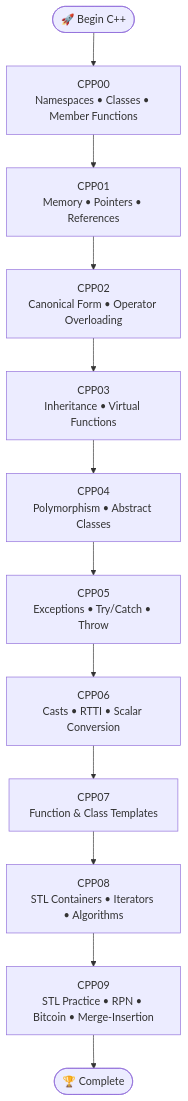
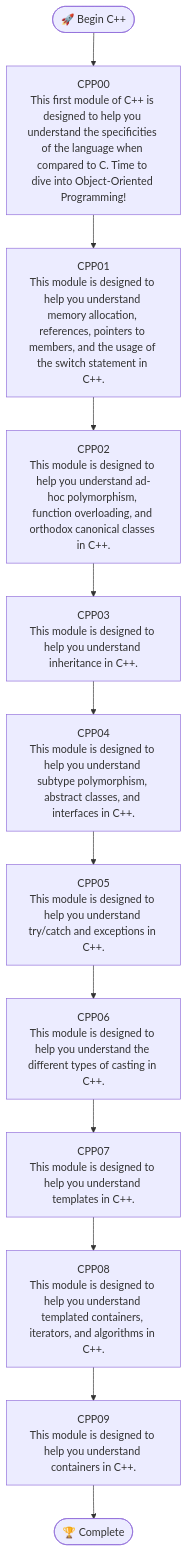
One commit to elel-m-b/CPP-Modules changed the first of 2 diagrams in README.md. Above: the diagram before and after it, drawn with Mermaid.

Commit message:
Updated module descriptions
Updated module descriptions

````diff
--- a/README.md
+++ b/README.md
@@ -25,28 +25,28 @@
 ```mermaid
 flowchart TB
 
     START([🚀 Begin C++])
 
     START --> CPP00
     CPP00 --> CPP01
     CPP01 --> CPP02
     CPP02 --> CPP03
     CPP03 --> CPP04
     CPP04 --> CPP05
     CPP05 --> CPP06
     CPP06 --> CPP07
     CPP07 --> CPP08
     CPP08 --> CPP09
     CPP09 --> END([🏆 Complete])
 
-    CPP00["CPP00<br/>Namespaces • Classes • Member Functions"]
-    CPP01["CPP01<br/>Memory • Pointers • References"]
-    CPP02["CPP02<br/>Canonical Form • Operator Overloading"]
-    CPP03["CPP03<br/>Inheritance • Virtual Functions"]
-    CPP04["CPP04<br/>Polymorphism • Abstract Classes"]
-    CPP05["CPP05<br/>Exceptions • Try/Catch • Throw"]
-    CPP06["CPP06<br/>Casts • RTTI • Scalar Conversion"]
-    CPP07["CPP07<br/>Function & Class Templates"]
-    CPP08["CPP08<br/>STL Containers • Iterators • Algorithms"]
-    CPP09["CPP09<br/>STL Practice • RPN • Bitcoin • Merge-Insertion"]
+    CPP00["CPP00<br/>This first module of C++ is designed to help you understand the specificities of the language when compared to C. Time to dive into Object-Oriented Programming!"]
+    CPP01["CPP01<br/>This module is designed to help you understand memory allocation, references, pointers to members, and the usage of the switch statement in C++."]
+    CPP02["CPP02<br/>This module is designed to help you understand ad-hoc polymorphism, function overloading, and orthodox canonical classes in C++."]
+    CPP03["CPP03<br/>This module is designed to help you understand inheritance in C++."]
+    CPP04["CPP04<br/>This module is designed to help you understand subtype polymorphism, abstract classes, and interfaces in C++."]
+    CPP05["CPP05<br/>This module is designed to help you understand try/catch and exceptions in C++."]
+    CPP06["CPP06<br/>This module is designed to help you understand the different types of casting in C++."]
+    CPP07["CPP07<br/>This module is designed to help you understand templates in C++."]
+    CPP08["CPP08<br/>This module is designed to help you understand templated containers, iterators, and algorithms in C++."]
+    CPP09["CPP09<br/>This module is designed to help you understand containers in C++."]
 ```
````
